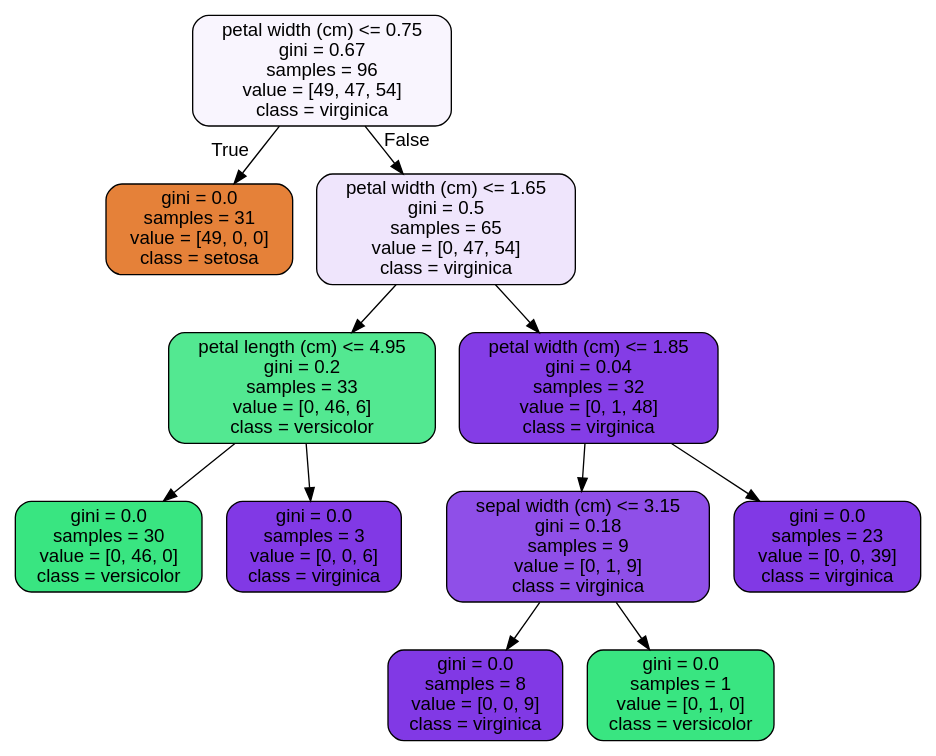
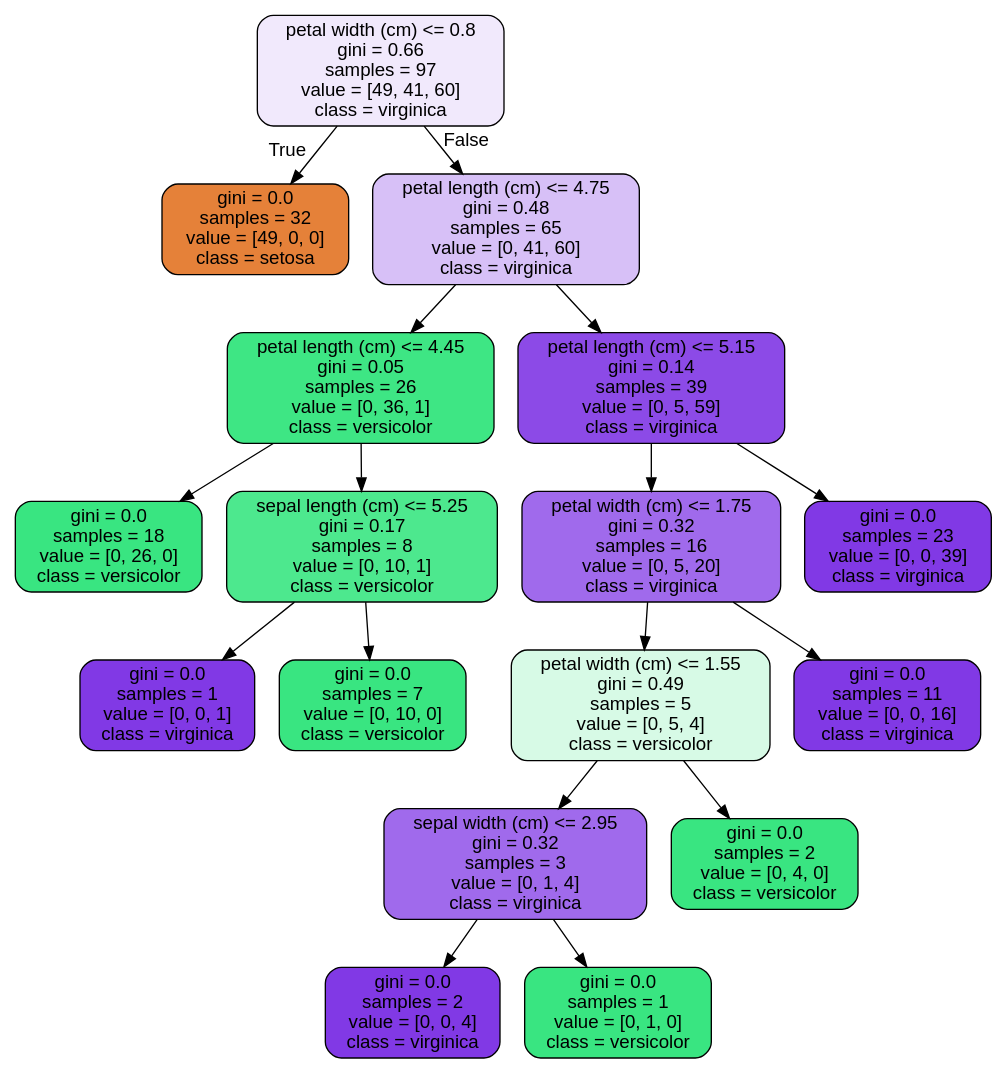
One commit to ellerybledsoe/Springboard changed the diagram in RandomForest Covid Case Study_06302020/tree.dot. Above: the diagram before and after it, drawn with Graphviz. The commit also changed 3 other files, not shown here.

```diff
--- a/RandomForest Covid Case Study_06302020/tree.dot
+++ b/RandomForest Covid Case Study_06302020/tree.dot
@@ -1,25 +1,37 @@
 digraph Tree {
 node [shape=box, style="filled, rounded", color="black", fontname=helvetica] ;
 edge [fontname=helvetica] ;
-0 [label="petal width (cm) <= 0.75\ngini = 0.67\nsamples = 96\nvalue = [49, 47, 54]\nclass = virginica", fillcolor="#f9f5fe"] ;
-1 [label="gini = 0.0\nsamples = 31\nvalue = [49, 0, 0]\nclass = setosa", fillcolor="#e58139"] ;
+0 [label="petal width (cm) <= 0.8\ngini = 0.66\nsamples = 97\nvalue = [49, 41, 60]\nclass = virginica", fillcolor="#f1e9fc"] ;
+1 [label="gini = 0.0\nsamples = 32\nvalue = [49, 0, 0]\nclass = setosa", fillcolor="#e58139"] ;
 0 -> 1 [labeldistance=2.5, labelangle=45, headlabel="True"] ;
-2 [label="petal width (cm) <= 1.65\ngini = 0.5\nsamples = 65\nvalue = [0, 47, 54]\nclass = virginica", fillcolor="#efe5fc"] ;
+2 [label="petal length (cm) <= 4.75\ngini = 0.48\nsamples = 65\nvalue = [0, 41, 60]\nclass = virginica", fillcolor="#d7c0f7"] ;
 0 -> 2 [labeldistance=2.5, labelangle=-45, headlabel="False"] ;
-3 [label="petal length (cm) <= 4.95\ngini = 0.2\nsamples = 33\nvalue = [0, 46, 6]\nclass = versicolor", fillcolor="#53e891"] ;
+3 [label="petal length (cm) <= 4.45\ngini = 0.05\nsamples = 26\nvalue = [0, 36, 1]\nclass = versicolor", fillcolor="#3ee684"] ;
 2 -> 3 ;
-4 [label="gini = 0.0\nsamples = 30\nvalue = [0, 46, 0]\nclass = versicolor", fillcolor="#39e581"] ;
+4 [label="gini = 0.0\nsamples = 18\nvalue = [0, 26, 0]\nclass = versicolor", fillcolor="#39e581"] ;
 3 -> 4 ;
-5 [label="gini = 0.0\nsamples = 3\nvalue = [0, 0, 6]\nclass = virginica", fillcolor="#8139e5"] ;
+5 [label="sepal length (cm) <= 5.25\ngini = 0.17\nsamples = 8\nvalue = [0, 10, 1]\nclass = versicolor", fillcolor="#4de88e"] ;
 3 -> 5 ;
-6 [label="petal width (cm) <= 1.85\ngini = 0.04\nsamples = 32\nvalue = [0, 1, 48]\nclass = virginica", fillcolor="#843de6"] ;
-2 -> 6 ;
-7 [label="sepal width (cm) <= 3.15\ngini = 0.18\nsamples = 9\nvalue = [0, 1, 9]\nclass = virginica", fillcolor="#8f4fe8"] ;
-6 -> 7 ;
-8 [label="gini = 0.0\nsamples = 8\nvalue = [0, 0, 9]\nclass = virginica", fillcolor="#8139e5"] ;
-7 -> 8 ;
-9 [label="gini = 0.0\nsamples = 1\nvalue = [0, 1, 0]\nclass = versicolor", fillcolor="#39e581"] ;
-7 -> 9 ;
-10 [label="gini = 0.0\nsamples = 23\nvalue = [0, 0, 39]\nclass = virginica", fillcolor="#8139e5"] ;
-6 -> 10 ;
+6 [label="gini = 0.0\nsamples = 1\nvalue = [0, 0, 1]\nclass = virginica", fillcolor="#8139e5"] ;
+5 -> 6 ;
+7 [label="gini = 0.0\nsamples = 7\nvalue = [0, 10, 0]\nclass = versicolor", fillcolor="#39e581"] ;
+5 -> 7 ;
+8 [label="petal length (cm) <= 5.15\ngini = 0.14\nsamples = 39\nvalue = [0, 5, 59]\nclass = virginica", fillcolor="#8c4ae7"] ;
+2 -> 8 ;
+9 [label="petal width (cm) <= 1.75\ngini = 0.32\nsamples = 16\nvalue = [0, 5, 20]\nclass = virginica", fillcolor="#a06aec"] ;
+8 -> 9 ;
+10 [label="petal width (cm) <= 1.55\ngini = 0.49\nsamples = 5\nvalue = [0, 5, 4]\nclass = versicolor", fillcolor="#d7fae6"] ;
+9 -> 10 ;
+11 [label="sepal width (cm) <= 2.95\ngini = 0.32\nsamples = 3\nvalue = [0, 1, 4]\nclass = virginica", fillcolor="#a06aec"] ;
+10 -> 11 ;
+12 [label="gini = 0.0\nsamples = 2\nvalue = [0, 0, 4]\nclass = virginica", fillcolor="#8139e5"] ;
+11 -> 12 ;
+13 [label="gini = 0.0\nsamples = 1\nvalue = [0, 1, 0]\nclass = versicolor", fillcolor="#39e581"] ;
+11 -> 13 ;
+14 [label="gini = 0.0\nsamples = 2\nvalue = [0, 4, 0]\nclass = versicolor", fillcolor="#39e581"] ;
+10 -> 14 ;
+15 [label="gini = 0.0\nsamples = 11\nvalue = [0, 0, 16]\nclass = virginica", fillcolor="#8139e5"] ;
+9 -> 15 ;
+16 [label="gini = 0.0\nsamples = 23\nvalue = [0, 0, 39]\nclass = virginica", fillcolor="#8139e5"] ;
+8 -> 16 ;
 }
```
